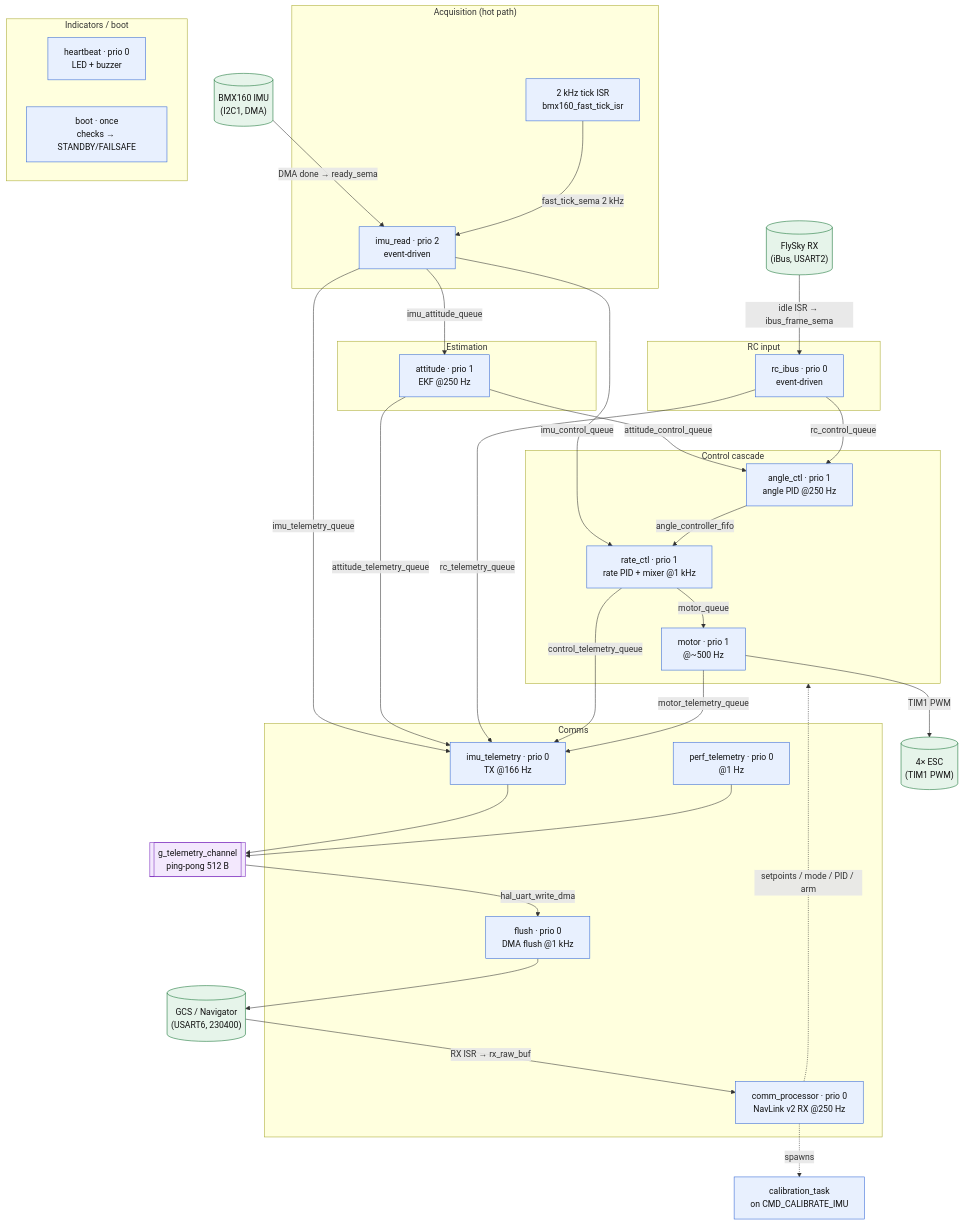
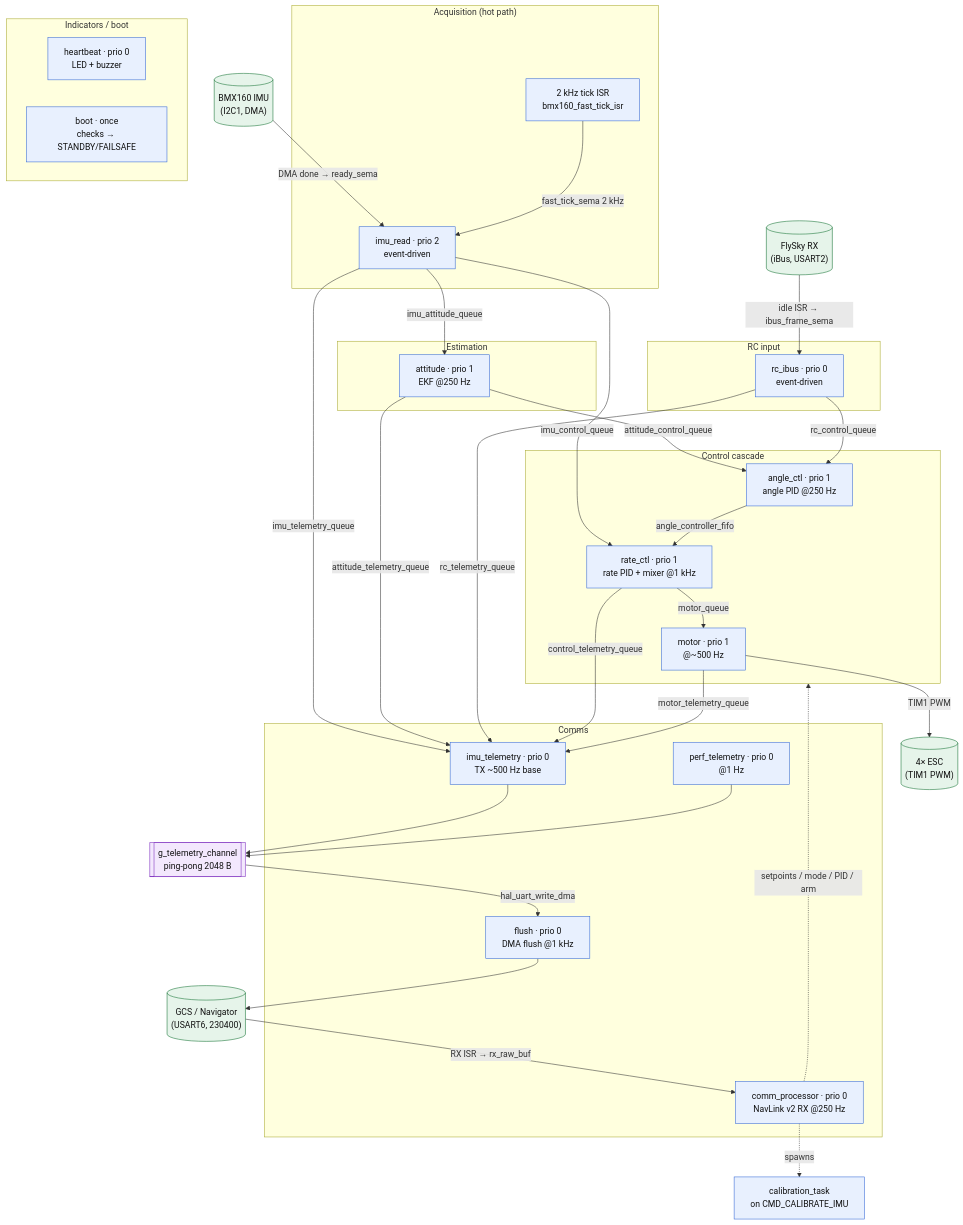
The first of 7 diagrams in docs/reference/software-flow.md (ragnar-vallhala/vayu), drawn with Mermaid before and after one commit. The commit also changed other lines of this file and 30 other files, not shown here.

````diff
--- a/docs/reference/software-flow.md
+++ b/docs/reference/software-flow.md
@@ -30,63 +30,63 @@
 ```mermaid
 flowchart TD
     classDef task fill:#e8f0fe,stroke:#3367d6,color:#111;
     classDef ipc  fill:#f3e8fd,stroke:#7b2cbf,color:#111;
     classDef hw   fill:#e6f4ea,stroke:#137333,color:#111;
 
     HWIMU[("BMX160 IMU<br/>(I2C1, DMA)")]:::hw
     HWRC[("FlySky RX<br/>(iBus, USART2)")]:::hw
     ESC[("4× ESC<br/>(TIM1 PWM)")]:::hw
     GCS[("GCS / Navigator<br/>(USART6, 230400)")]:::hw
 
     subgraph SENSE ["Acquisition (hot path)"]
         TICK["2 kHz tick ISR<br/>bmx160_fast_tick_isr"]:::task
         IMUREAD["imu_read · prio 2<br/>event-driven"]:::task
     end
     subgraph EST ["Estimation"]
         ATT["attitude · prio 1<br/>EKF @250 Hz"]:::task
     end
     subgraph CTRL ["Control cascade"]
         ANGLE["angle_ctl · prio 1<br/>angle PID @250 Hz"]:::task
         RATE["rate_ctl · prio 1<br/>rate PID + mixer @1 kHz"]:::task
         MOTOR["motor · prio 1<br/>@~500 Hz"]:::task
     end
     subgraph RCIN ["RC input"]
         RCT["rc_ibus · prio 0<br/>event-driven"]:::task
     end
     subgraph COMMS ["Comms"]
         COMMP["comm_processor · prio 0<br/>NavLink v2 RX @250 Hz"]:::task
-        TELE["imu_telemetry · prio 0<br/>TX @166 Hz"]:::task
+        TELE["imu_telemetry · prio 0<br/>TX ~500 Hz base"]:::task
         FLUSH["flush · prio 0<br/>DMA flush @1 kHz"]:::task
         PERF["perf_telemetry · prio 0<br/>@1 Hz"]:::task
     end
     subgraph IND ["Indicators / boot"]
         HB["heartbeat · prio 0<br/>LED + buzzer"]:::task
         BOOT["boot · once<br/>checks → STANDBY/FAILSAFE"]:::task
     end
 
-    CH[["g_telemetry_channel<br/>ping-pong 512 B"]]:::ipc
+    CH[["g_telemetry_channel<br/>ping-pong 2048 B"]]:::ipc
 
     HWIMU -->|DMA done → ready_sema| IMUREAD
     TICK  -->|fast_tick_sema 2 kHz| IMUREAD
     IMUREAD -->|imu_attitude_queue| ATT
     IMUREAD -->|imu_control_queue| RATE
     IMUREAD -->|imu_telemetry_queue| TELE
     ATT  -->|attitude_control_queue| ANGLE
     ATT  -->|attitude_telemetry_queue| TELE
     HWRC -->|idle ISR → ibus_frame_sema| RCT
     RCT  -->|rc_control_queue| ANGLE
     RCT  -->|rc_telemetry_queue| TELE
     ANGLE -->|angle_controller_fifo| RATE
     RATE  -->|motor_queue| MOTOR
     RATE  -->|control_telemetry_queue| TELE
     MOTOR -->|TIM1 PWM| ESC
     MOTOR -->|motor_telemetry_queue| TELE
 
     TELE --> CH
     PERF --> CH
     CH -->|hal_uart_write_dma| FLUSH
     FLUSH --> GCS
     GCS  -->|RX ISR → rx_raw_buf| COMMP
     COMMP -.->|setpoints / mode / PID / arm| CTRL
     COMMP -.->|spawns| CALIB["calibration_task<br/>on CMD_CALIBRATE_IMU"]:::task
 ```
````
